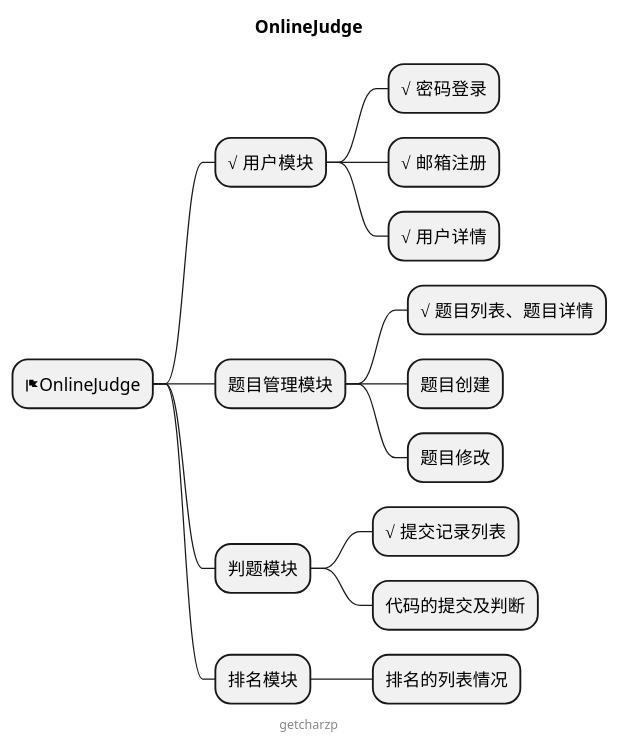
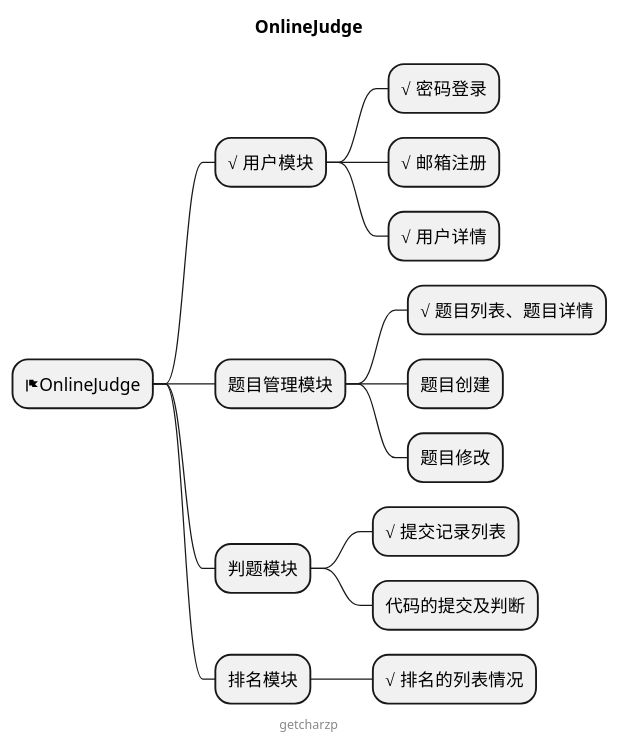
The diagram in MIND.puml (GetcharZp/gin-gorm-oj), drawn with PlantUML before and after one commit. The commit also changed 2 other files, not shown here.

```diff
--- a/MIND.puml
+++ b/MIND.puml
@@ -1,22 +1,22 @@
 @startmindmap
 
 title OnlineJudge
 
 * <&flag>OnlineJudge
 ** √ 用户模块
 *** √ 密码登录
 *** √ 邮箱注册
 *** √ 用户详情
 ** 题目管理模块
 *** √ 题目列表、题目详情
 *** 题目创建
 *** 题目修改
 ** 判题模块
 *** √ 提交记录列表
 *** 代码的提交及判断
 ** 排名模块
-*** 排名的列表情况
+*** √ 排名的列表情况
 
 center footer getcharzp
 
 @endmindmap
```
